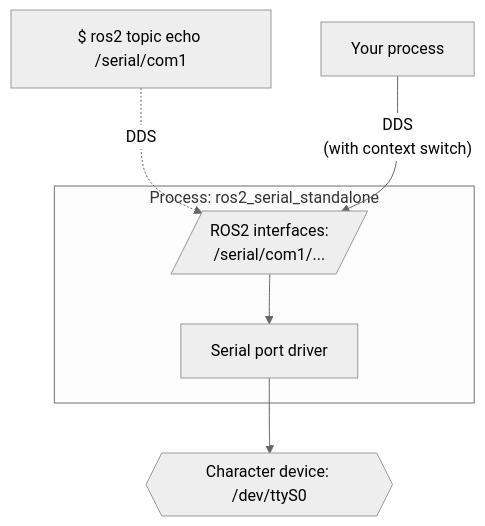
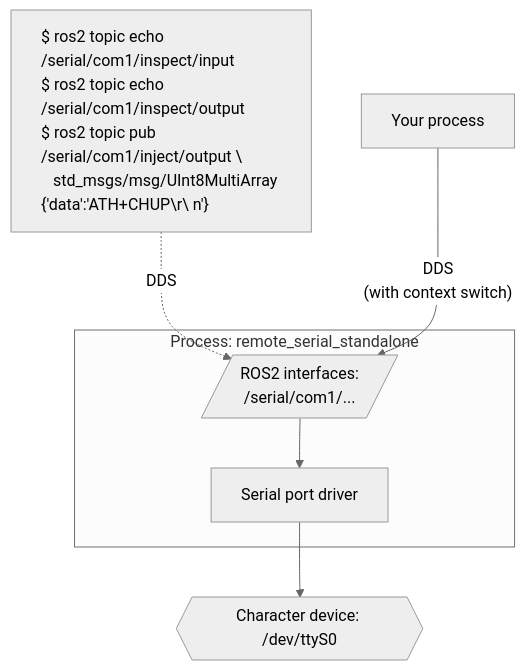
Before and after one commit to openvmp/serial: the first of 3 diagrams in README.md, drawn with Mermaid (neutral theme). The commit also changed other lines of this file and 21 other files, not shown here.

````diff
--- a/README.md
+++ b/README.md
@@ -43,9 +86,9 @@
 ```mermaid
 flowchart TB
-    cli["$ ros2 topic echo /serial/com1"] -. "DDS" .-> topic_serial[/ROS2 interfaces:\n/serial/com1/.../]
+    cli["<p style='text-align:left'>$ ros2 topic echo /serial/com1/inspect/input\n$ ros2 topic echo /serial/com1/inspect/output\n$ ros2 topic pub /serial/com1/inject/output \\n&nbsp;&nbsp;&nbsp;std_msgs/msg/UInt8MultiArray {'data':'ATH+CHUP\r\ n'}</p>"] -. "DDS" .-> topic_serial[/ROS2 interfaces:\n/serial/com1/.../]
     app["Your process"] -- "DDS\n(with context switch)" --> topic_serial
-    subgraph serial["Process: ros2_serial_standalone"]
+    subgraph serial["Process: remote_serial_standalone"]
       topic_serial --> driver["Serial port driver"]
     end
     driver --> file{{"Character device: /dev/ttyS0"}}
 ```
````
